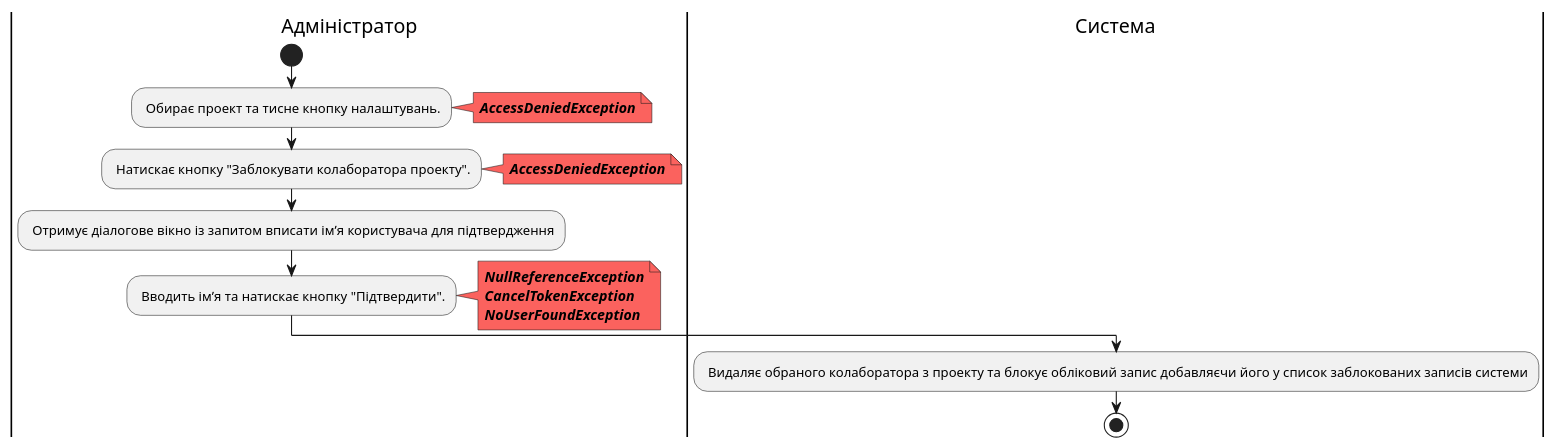
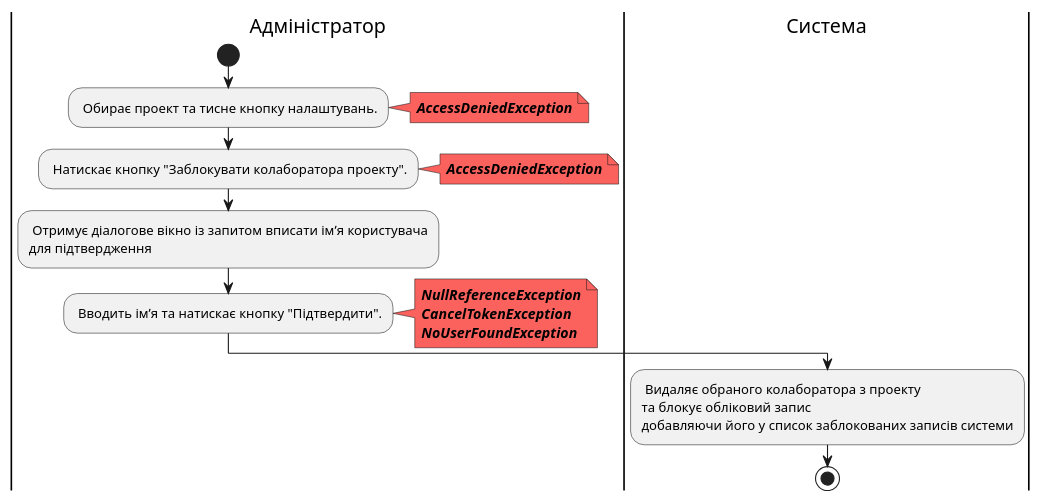
One commit to stbestichhh/db_project-manager changed diagram 18 of 19 in docs/use cases/README.md. Above: the diagram before and after it, drawn with PlantUML. The commit also changed other lines of this file, not shown here.

Commit message:
Fixed diagrams

```diff
--- a/docs/use cases/README.md
+++ b/docs/use cases/README.md
@@ -646,25 +651,28 @@
 @startuml
 
 |Адміністратор|
 start;
 : Обирає проект та тисне кнопку налаштувань.;
 note right #fb625e
 <b><i>AccessDeniedException
 end note
 : Натискає кнопку "Заблокувати колаборатора проекту".;
 note right #fb625e
 <b><i>AccessDeniedException
 end note
-: Отримує діалогове вікно із запитом вписати імʼя користувача для підтвердження;
+: Отримує діалогове вікно із запитом вписати імʼя користувача 
+для підтвердження;
 : Вводить імʼя та натискає кнопку "Підтвердити".;
 note right #fb625e
 <b><i>NullReferenceException
 <b><i>CancelTokenException
 <b><i>NoUserFoundException
 end note
 
 |Система|
-: Видаляє обраного колаборатора з проекту та блокує обліковий запис добавляєчи його у список заблокованих записів системи;
+: Видаляє обраного колаборатора з проекту 
+та блокує обліковий запис 
+добавляючи його у список заблокованих записів системи;
 stop;
 
 @enduml
```
